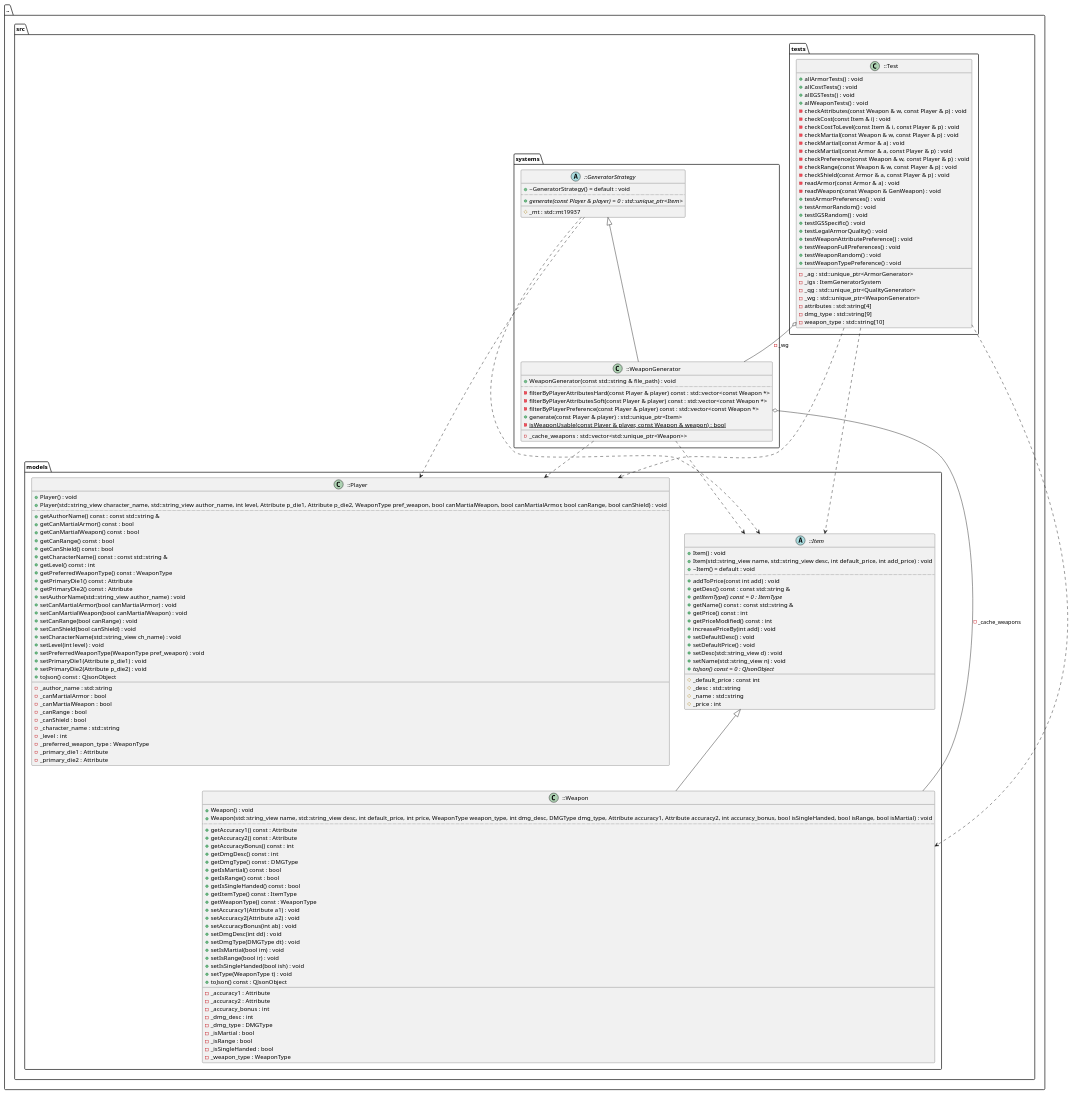
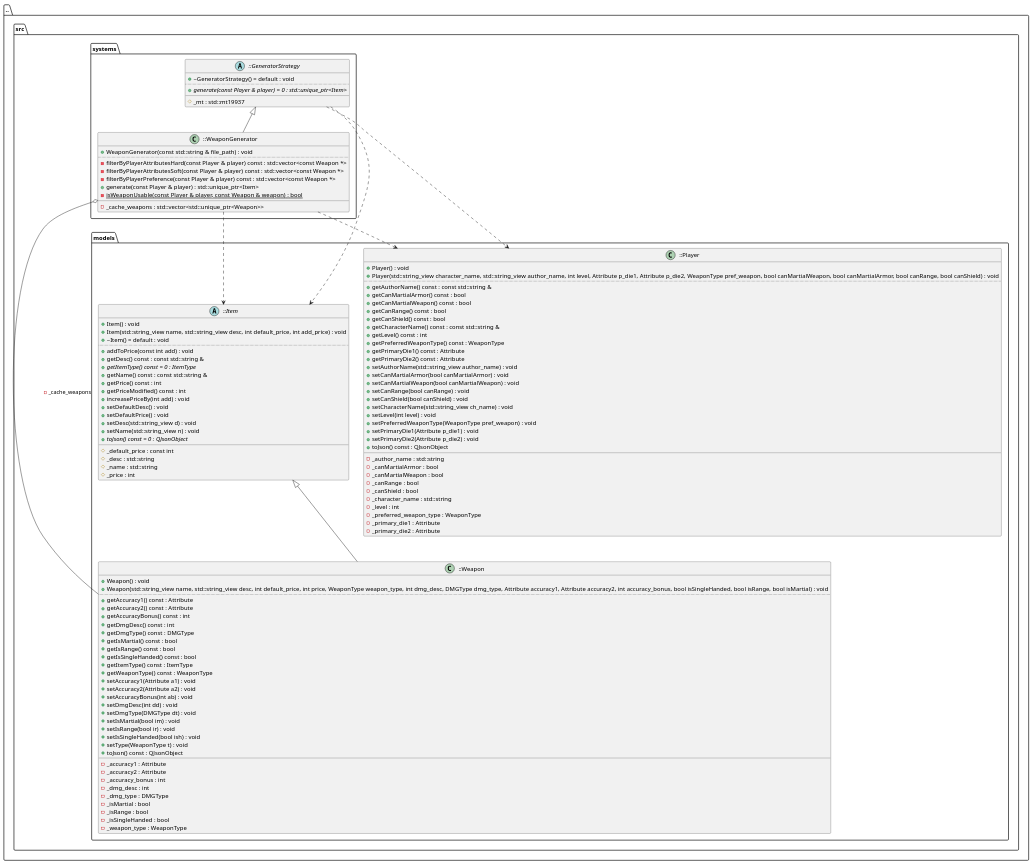
Before and after one commit to FasolowySpioch/faubla-ultima-item-generator: the diagram in docs/diagrams/WeaponGenerator_diagram.puml, drawn with PlantUML. The commit also changed 1 other file, not shown here.

```diff
--- a/docs/diagrams/WeaponGenerator_diagram.puml
+++ b/docs/diagrams/WeaponGenerator_diagram.puml
@@ -1,179 +1,138 @@
 @startuml
 package [..] as C_0016431317663134048372 {
 package [src] as C_0010634688166860467214 {
 package [models] as C_0001626712604113445200 {
 abstract "::Item" as C_0005967165952864249862
 abstract C_0005967165952864249862 {
 +Item() : void
 +Item(std::string_view name, std::string_view desc, int default_price, int add_price) : void
 +~Item() = default : void
 ..
 +addToPrice(const int add) : void
 +getDesc() const : const std::string &
 {abstract} +getItemType() const = 0 : ItemType
 +getName() const : const std::string &
 +getPrice() const : int
 +getPriceModified() const : int
 +increasePriceBy(int add) : void
 +setDefaultDesc() : void
 +setDefaultPrice() : void
 +setDesc(std::string_view d) : void
 +setName(std::string_view n) : void
 {abstract} +toJson() const = 0 : QJsonObject
 __
 #_default_price : const int
 #_desc : std::string
 #_name : std::string
 #_price : int
 }
 class "::Weapon" as C_0009880302970961535201
 class C_0009880302970961535201 {
 +Weapon() : void
 +Weapon(std::string_view name, std::string_view desc, int default_price, int price, WeaponType weapon_type, int dmg_desc, DMGType dmg_type, Attribute accuracy1, Attribute accuracy2, int accuracy_bonus, bool isSingleHanded, bool isRange, bool isMartial) : void
 ..
 +getAccuracy1() const : Attribute
 +getAccuracy2() const : Attribute
 +getAccuracyBonus() const : int
 +getDmgDesc() const : int
 +getDmgType() const : DMGType
 +getIsMartial() const : bool
 +getIsRange() const : bool
 +getIsSingleHanded() const : bool
 +getItemType() const : ItemType
 +getWeaponType() const : WeaponType
 +setAccuracy1(Attribute a1) : void
 +setAccuracy2(Attribute a2) : void
 +setAccuracyBonus(int ab) : void
 +setDmgDesc(int dd) : void
 +setDmgType(DMGType dt) : void
 +setIsMartial(bool im) : void
 +setIsRange(bool ir) : void
 +setIsSingleHanded(bool ish) : void
 +setType(WeaponType t) : void
 +toJson() const : QJsonObject
 __
 -_accuracy1 : Attribute
 -_accuracy2 : Attribute
 -_accuracy_bonus : int
 -_dmg_desc : int
 -_dmg_type : DMGType
 -_isMartial : bool
 -_isRange : bool
 -_isSingleHanded : bool
 -_weapon_type : WeaponType
 }
 class "::Player" as C_0003692324345213718176
 class C_0003692324345213718176 {
 +Player() : void
 +Player(std::string_view character_name, std::string_view author_name, int level, Attribute p_die1, Attribute p_die2, WeaponType pref_weapon, bool canMartialWeapon, bool canMartialArmor, bool canRange, bool canShield) : void
 ..
 +getAuthorName() const : const std::string &
 +getCanMartialArmor() const : bool
 +getCanMartialWeapon() const : bool
 +getCanRange() const : bool
 +getCanShield() const : bool
 +getCharacterName() const : const std::string &
 +getLevel() const : int
 +getPreferredWeaponType() const : WeaponType
 +getPrimaryDie1() const : Attribute
 +getPrimaryDie2() const : Attribute
 +setAuthorName(std::string_view author_name) : void
 +setCanMartialArmor(bool canMartialArmor) : void
 +setCanMartialWeapon(bool canMartialWeapon) : void
 +setCanRange(bool canRange) : void
 +setCanShield(bool canShield) : void
 +setCharacterName(std::string_view ch_name) : void
 +setLevel(int level) : void
 +setPreferredWeaponType(WeaponType pref_weapon) : void
 +setPrimaryDie1(Attribute p_die1) : void
 +setPrimaryDie2(Attribute p_die2) : void
 +toJson() const : QJsonObject
 __
 -_author_name : std::string
 -_canMartialArmor : bool
 -_canMartialWeapon : bool
 -_canRange : bool
 -_canShield : bool
 -_character_name : std::string
 -_level : int
 -_preferred_weapon_type : WeaponType
 -_primary_die1 : Attribute
 -_primary_die2 : Attribute
 }
 }
 package [systems] as C_0016692703261607978348 {
 abstract "::GeneratorStrategy" as C_0003391557478520177739
 abstract C_0003391557478520177739 {
 +~GeneratorStrategy() = default : void
 ..
 {abstract} +generate(const Player & player) = 0 : std::unique_ptr<Item>
 __
 #_mt : std::mt19937
 }
 class "::WeaponGenerator" as C_0004150406585329947926
 class C_0004150406585329947926 {
 +WeaponGenerator(const std::string & file_path) : void
 ..
 -filterByPlayerAttributesHard(const Player & player) const : std::vector<const Weapon *>
 -filterByPlayerAttributesSoft(const Player & player) const : std::vector<const Weapon *>
 -filterByPlayerPreference(const Player & player) const : std::vector<const Weapon *>
 +generate(const Player & player) : std::unique_ptr<Item>
 {static} -isWeaponUsable(const Player & player, const Weapon & weapon) : bool
 __
 -_cache_weapons : std::vector<std::unique_ptr<Weapon>>
 }
 }
-package [tests] as C_0009102687024667839383 {
-class "::Test" as C_0002626979548338364165
-class C_0002626979548338364165 {
-+allArmorTests() : void
-+allCostTests() : void
-+allIGSTests() : void
-+allWeaponTests() : void
--checkAttributes(const Weapon & w, const Player & p) : void
--checkCost(const Item & i) : void
--checkCostToLevel(const Item & i, const Player & p) : void
--checkMartial(const Weapon & w, const Player & p) : void
--checkMartial(const Armor & a) : void
--checkMartial(const Armor & a, const Player & p) : void
--checkPreference(const Weapon & w, const Player & p) : void
--checkRange(const Weapon & w, const Player & p) : void
--checkShield(const Armor & a, const Player & p) : void
--readArmor(const Armor & a) : void
--readWeapon(const Weapon & GenWeapon) : void
-+testArmorPreferences() : void
-+testArmorRandom() : void
-+testIGSRandom() : void
-+testIGSSpecific() : void
-+testLegalArmorQuality() : void
-+testWeaponAttributePreference() : void
-+testWeaponFullPreferences() : void
-+testWeaponRandom() : void
-+testWeaponTypePreference() : void
-__
--_ag : std::unique_ptr<ArmorGenerator>
--_igs : ItemGeneratorSystem
--_qg : std::unique_ptr<QualityGenerator>
--_wg : std::unique_ptr<WeaponGenerator>
--attributes : std::string[4]
--dmg_type : std::string[9]
--weapon_type : std::string[10]
-}
-}
 }
 }
 C_0005967165952864249862 <|-- C_0009880302970961535201
 C_0003391557478520177739 ..> C_0003692324345213718176
 C_0003391557478520177739 ..> C_0005967165952864249862
 C_0004150406585329947926 ..> C_0003692324345213718176
 C_0004150406585329947926 ..> C_0005967165952864249862
 C_0004150406585329947926 o-- C_0009880302970961535201 : -_cache_weapons
 C_0003391557478520177739 <|-- C_0004150406585329947926
-C_0002626979548338364165 ..> C_0009880302970961535201
-C_0002626979548338364165 ..> C_0003692324345213718176
-C_0002626979548338364165 ..> C_0005967165952864249862
-C_0002626979548338364165 o-- C_0004150406585329947926 : -_wg
 
 'Generated with clang-uml, version 0.6.2
 'LLVM version clang version 20.1.7 (https://github.com/llvm/llvm-project.git 6146a88f60492b520a36f8f8f3231e15f3cc6082)
 @enduml
```
